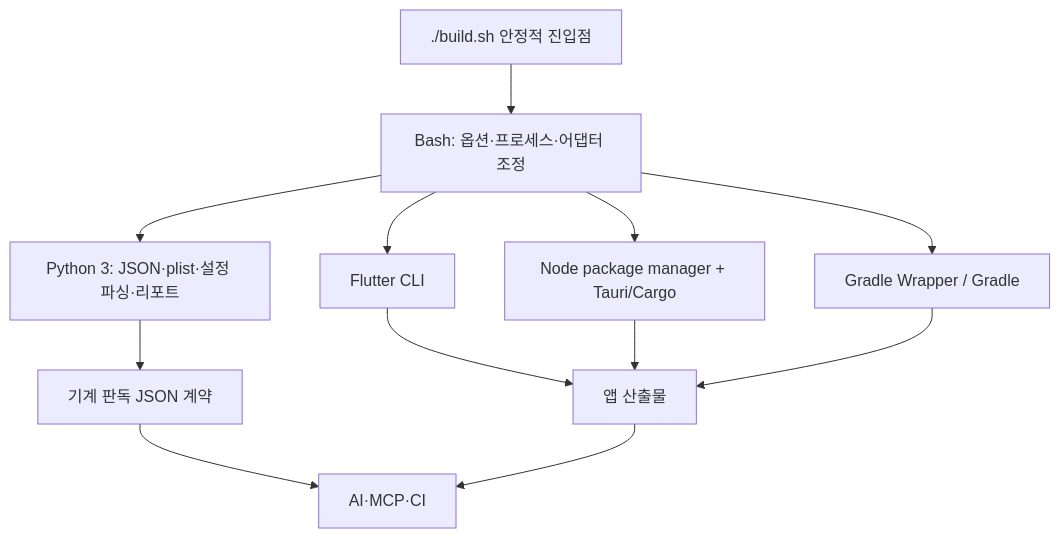
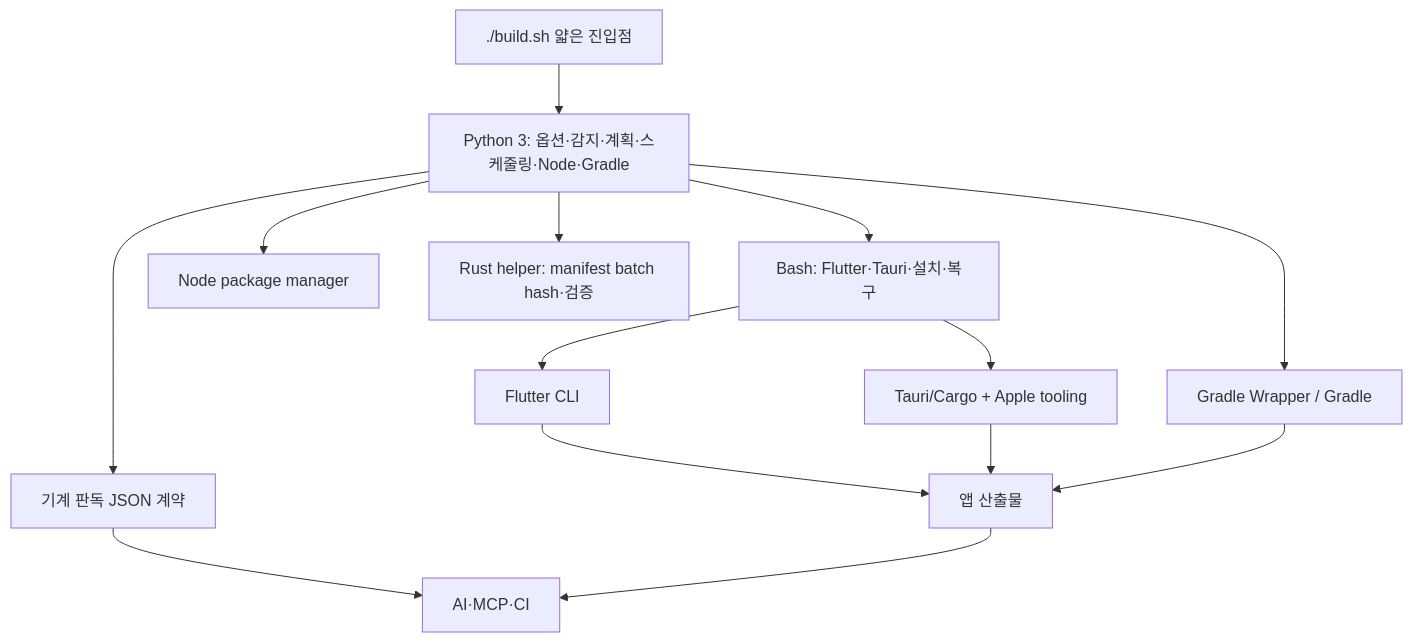
The fourth of 9 diagrams in README.md (kimdzhekhon/Universal-Build-Script), drawn with Mermaid before and after one commit. The commit also changed other lines of this file and 21 other files, not shown here.

Commit message:
feat: shift orchestration to Python and Rust

````diff
--- a/README.md
+++ b/README.md
@@ -210,14 +214,16 @@
 ```mermaid
 flowchart TB
-    E["./build.sh 안정적 진입점"] --> S["Bash: 옵션·프로세스·어댑터 조정"]
-    S --> P["Python 3: JSON·plist·설정 파싱·리포트"]
+    E["./build.sh 얇은 진입점"] --> P["Python 3: 옵션·감지·계획·스케줄링·Node·Gradle"]
+    P --> S["Bash: Flutter·Tauri·설치·복구"]
+    P --> N["Node package manager"]
+    P --> G["Gradle Wrapper / Gradle"]
     S --> F["Flutter CLI"]
-    S --> T["Node package manager + Tauri/Cargo"]
-    S --> G["Gradle Wrapper / Gradle"]
+    S --> T["Tauri/Cargo + Apple tooling"]
+    P --> R["Rust helper: manifest batch hash·검증"]
     P --> J["기계 판독 JSON 계약"]
     F --> A["앱 산출물"]
     T --> A
     G --> A
     J --> C["AI·MCP·CI"]
     A --> C
 ```
````
